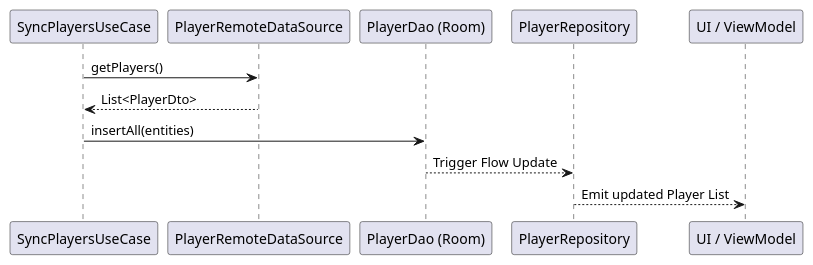
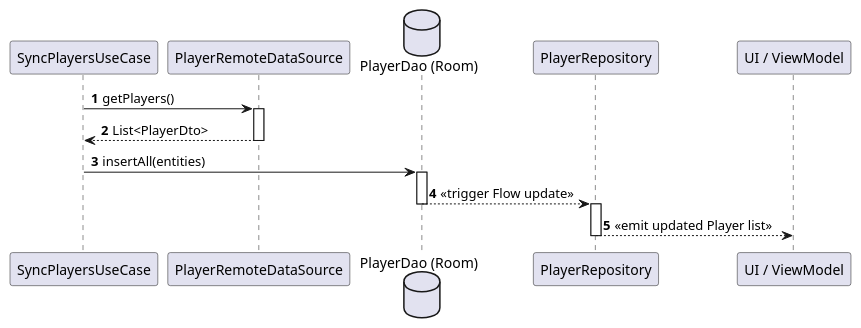
One commit to kindermaenner/monatsblitz-android-app changed the diagram in docs/architecture/src/runtime-api-sync.puml. Above: the diagram before and after it, drawn with PlantUML. The commit also changed 6 other files, not shown here.

Commit message:
adapted pictures to uml conformity

```diff
--- a/docs/architecture/src/runtime-api-sync.puml
+++ b/docs/architecture/src/runtime-api-sync.puml
@@ -1,13 +1,22 @@
 @startuml
+autonumber
 participant "SyncPlayersUseCase" as UC
 participant "PlayerRemoteDataSource" as API
-participant "PlayerDao (Room)" as DB
+database "PlayerDao (Room)" as DB
 participant "PlayerRepository" as Repo
 participant "UI / ViewModel" as UI
 
 UC -> API : getPlayers()
+activate API
 API --> UC : List<PlayerDto>
+deactivate API
+
 UC -> DB : insertAll(entities)
-DB --> Repo : Trigger Flow Update
-Repo --> UI : Emit updated Player List
+activate DB
+DB --> Repo : <<trigger Flow update>>
+deactivate DB
+
+activate Repo
+Repo --> UI : <<emit updated Player list>>
+deactivate Repo
 @enduml
```
